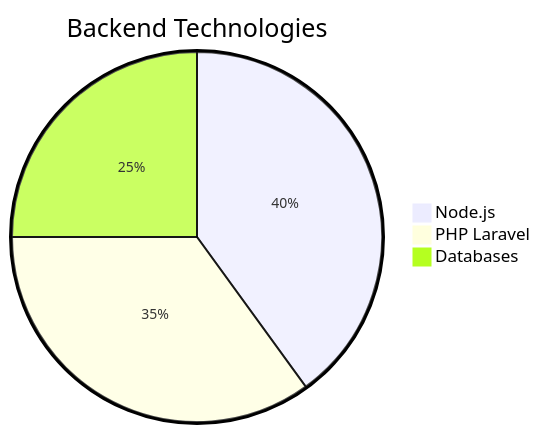
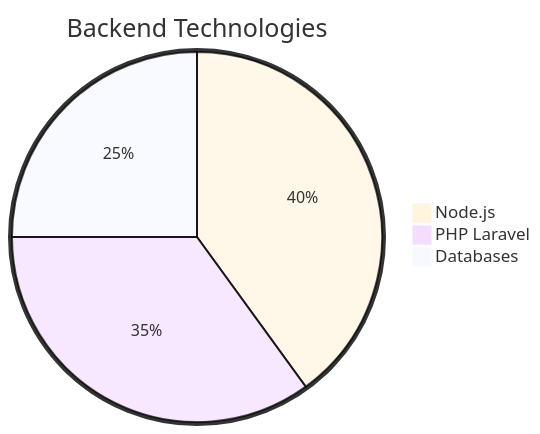
The second of 2 diagrams in README.md (nfcdjobo/nfcdjobo), drawn with Mermaid before and after one commit. The commit also changed other lines of this file, not shown here.

````diff
--- a/README.md
+++ b/README.md
@@ -38,7 +38,7 @@
 ```mermaid
-%%{init: {'pie': {'textPosition': 0.5}, 'themeVariables': {'pieOuterStrokeWidth': '3px', 'pieSectionTextSize': '14px'}}}%%
+%%{init: {'pie': {'textPosition': 0.6}, 'themeVariables': {'pieOuterStrokeWidth': '4px', 'pieSectionTextSize': '16px', 'pieOuterStrokeColor': '#333333'}, 'theme': 'base'}}%%
 pie title Backend Technologies  
     "Node.js" : 40
     "PHP Laravel" : 35
     "Databases" : 25
 ```
````
